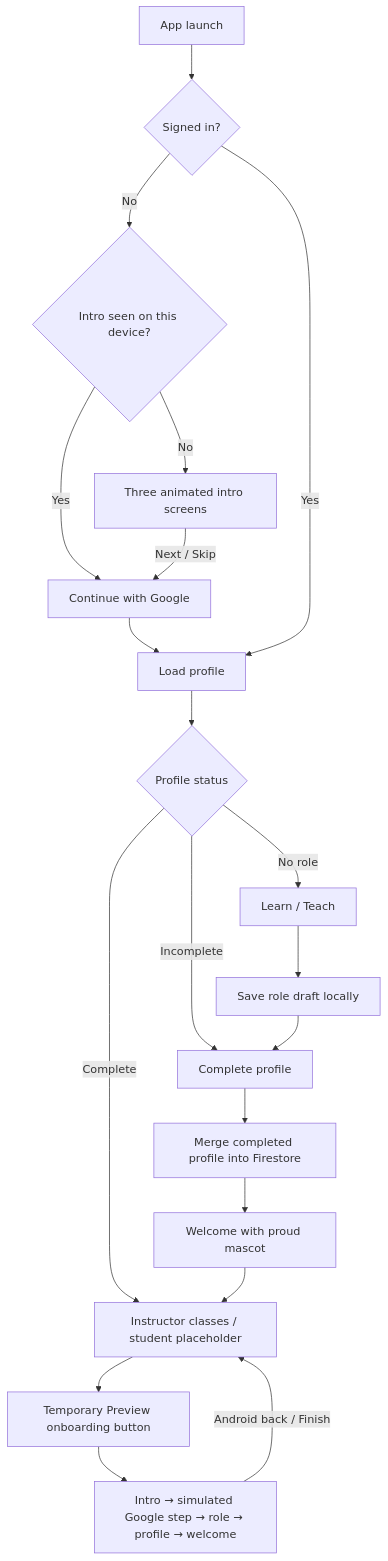
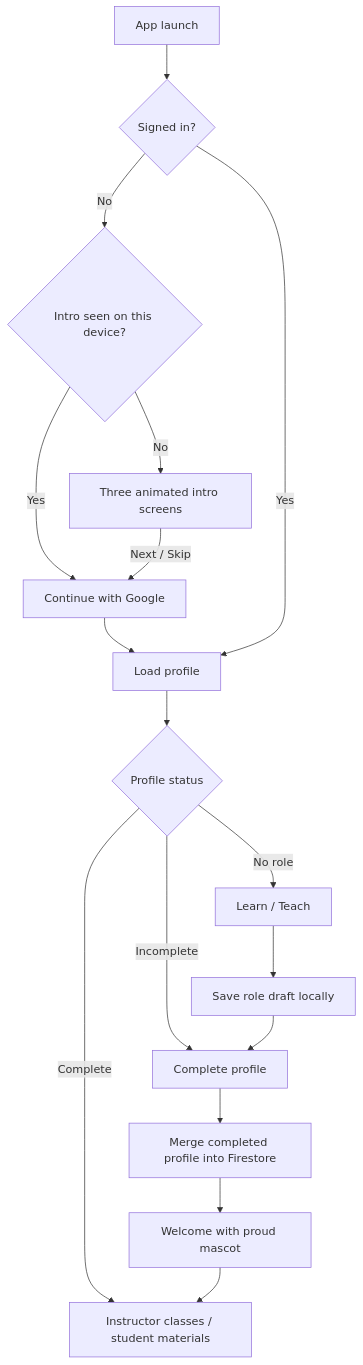
Before and after one commit to motaschristian9-jpg/Filo-app: the first of 2 diagrams in HANDOFF.md, drawn with Mermaid. The commit also changed other lines of this file and 86 other files, not shown here.

````diff
--- a/HANDOFF.md
+++ b/HANDOFF.md
@@ -29,22 +472,19 @@
 ```mermaid
 flowchart TD
     Launch[App launch] --> Auth{Signed in?}
     Auth -->|No| Seen{Intro seen on this device?}
     Seen -->|No| Intro[Three animated intro screens]
     Seen -->|Yes| Login[Continue with Google]
     Intro -->|Next / Skip| Login
     Login --> Lookup[Load profile]
     Auth -->|Yes| Lookup
     Lookup --> State{Profile status}
     State -->|No role| Role[Learn / Teach]
     State -->|Incomplete| Profile[Complete profile]
-    State -->|Complete| Home[Instructor classes / student placeholder]
+    State -->|Complete| Home[Instructor classes / student materials]
     Role --> Draft[Save role draft locally]
     Draft --> Profile
     Profile --> Save[Merge completed profile into Firestore]
     Save --> Welcome[Welcome with proud mascot]
     Welcome --> Home
-    Home --> Preview[Temporary Preview onboarding button]
-    Preview --> IntroPreview[Intro → simulated Google step → role → profile → welcome]
-    IntroPreview -->|Android back / Finish| Home
 ```
````
